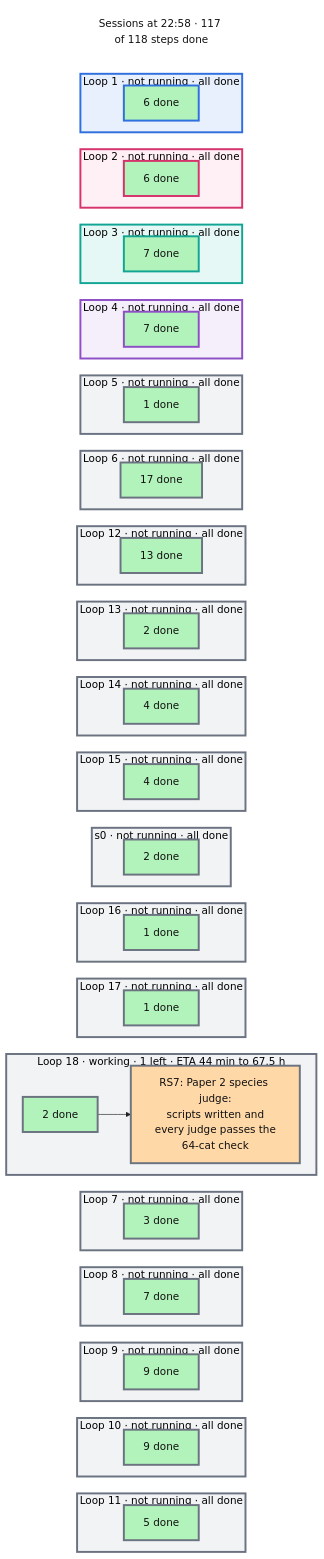
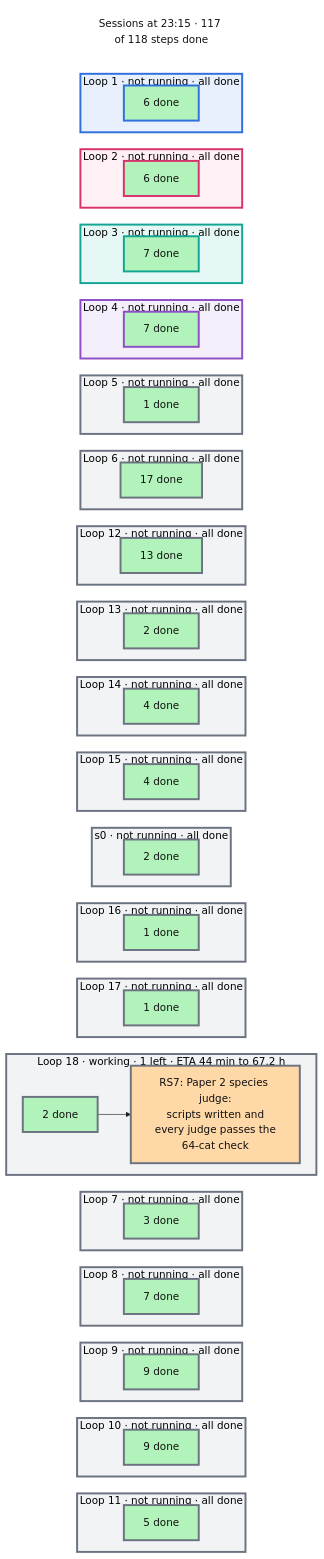
One commit to mo-rsa24/concept-composition changed the diagram in artifacts/notes/progress/sessions.mmd. Above: the diagram before and after it, drawn with Mermaid. The commit also changed 8 other files, not shown here.

```diff
--- a/artifacts/notes/progress/sessions.mmd
+++ b/artifacts/notes/progress/sessions.mmd
@@ -1,124 +1,124 @@
 %%{init: {'theme': 'base', 'themeVariables': {'fontFamily': 'monospace', 'primaryColor': '#ffffff', 'primaryBorderColor': '#222222', 'primaryTextColor': '#111111', 'lineColor': '#222222'}, 'flowchart': {'nodeSpacing': 16, 'rankSpacing': 26}}}%%
 flowchart TB
   classDef done fill:#b2f2bb,color:#111111
   classDef doing fill:#ffd8a8,color:#111111
   classDef todo fill:#e9ecef,color:#111111
   classDef note fill:#ffffff,stroke:#c92a2a,stroke-dasharray:5 5,color:#c92a2a
-  now["Sessions at 22:58 · 117 of 118 steps done"]
+  now["Sessions at 23:15 · 117 of 118 steps done"]
   style now fill:#ffffff,stroke:#ffffff,color:#111111
   subgraph L0["Loop 1 · not running · all done"]
     direction LR
     d0["6 done"]:::done
   end
   subgraph L1["Loop 2 · not running · all done"]
     direction LR
     d1["6 done"]:::done
   end
   subgraph L2["Loop 3 · not running · all done"]
     direction LR
     d2["7 done"]:::done
   end
   subgraph L3["Loop 4 · not running · all done"]
     direction LR
     d3["7 done"]:::done
   end
   subgraph L4["Loop 5 · not running · all done"]
     direction LR
     d4["1 done"]:::done
   end
   subgraph L5["Loop 6 · not running · all done"]
     direction LR
     d5["17 done"]:::done
   end
   subgraph L6["Loop 12 · not running · all done"]
     direction LR
     d6["13 done"]:::done
   end
   subgraph L7["Loop 13 · not running · all done"]
     direction LR
     d7["2 done"]:::done
   end
   subgraph L8["Loop 14 · not running · all done"]
     direction LR
     d8["4 done"]:::done
   end
   subgraph L9["Loop 15 · not running · all done"]
     direction LR
     d9["4 done"]:::done
   end
   subgraph L10["s0 · not running · all done"]
     direction LR
     d10["2 done"]:::done
   end
   subgraph L11["Loop 16 · not running · all done"]
     direction LR
     d11["1 done"]:::done
   end
   subgraph L12["Loop 17 · not running · all done"]
     direction LR
     d12["1 done"]:::done
   end
-  subgraph L13["Loop 18 · working · 1 left · ETA 44 min to 67.5 h"]
+  subgraph L13["Loop 18 · working · 1 left · ETA 44 min to 67.2 h"]
     direction LR
     d13["2 done"]:::done --> n_RS7["RS7: Paper 2 species judge:<br/>scripts written and<br/>every judge passes the<br/>64-cat check"]:::doing
   end
   subgraph L14["Loop 7 · not running · all done"]
     direction LR
     d14["3 done"]:::done
   end
   subgraph L15["Loop 8 · not running · all done"]
     direction LR
     d15["7 done"]:::done
   end
   subgraph L16["Loop 9 · not running · all done"]
     direction LR
     d16["9 done"]:::done
   end
   subgraph L17["Loop 10 · not running · all done"]
     direction LR
     d17["9 done"]:::done
   end
   subgraph L18["Loop 11 · not running · all done"]
     direction LR
     d18["5 done"]:::done
   end
   now ~~~ L0 ~~~ L1 ~~~ L2 ~~~ L3 ~~~ L4 ~~~ L5 ~~~ L6 ~~~ L7 ~~~ L8 ~~~ L9 ~~~ L10 ~~~ L11 ~~~ L12 ~~~ L13 ~~~ L14 ~~~ L15 ~~~ L16 ~~~ L17 ~~~ L18
   style L0 fill:#e8f0fd,stroke:#2f6fde,stroke-width:3px
   style d0 stroke:#2f6fde,stroke-width:3px
   style L1 fill:#fff0f6,stroke:#d6336c,stroke-width:3px
   style d1 stroke:#d6336c,stroke-width:3px
   style L2 fill:#e6f8f5,stroke:#12a594,stroke-width:3px
   style d2 stroke:#12a594,stroke-width:3px
   style L3 fill:#f5effb,stroke:#8e4ec6,stroke-width:3px
   style d3 stroke:#8e4ec6,stroke-width:3px
   style L4 fill:#f1f3f5,stroke:#6b7280,stroke-width:3px
   style d4 stroke:#6b7280,stroke-width:3px
   style L5 fill:#f1f3f5,stroke:#6b7280,stroke-width:3px
   style d5 stroke:#6b7280,stroke-width:3px
   style L6 fill:#f1f3f5,stroke:#6b7280,stroke-width:3px
   style d6 stroke:#6b7280,stroke-width:3px
   style L7 fill:#f1f3f5,stroke:#6b7280,stroke-width:3px
   style d7 stroke:#6b7280,stroke-width:3px
   style L8 fill:#f1f3f5,stroke:#6b7280,stroke-width:3px
   style d8 stroke:#6b7280,stroke-width:3px
   style L9 fill:#f1f3f5,stroke:#6b7280,stroke-width:3px
   style d9 stroke:#6b7280,stroke-width:3px
   style L10 fill:#f1f3f5,stroke:#6b7280,stroke-width:3px
   style d10 stroke:#6b7280,stroke-width:3px
   style L11 fill:#f1f3f5,stroke:#6b7280,stroke-width:3px
   style d11 stroke:#6b7280,stroke-width:3px
   style L12 fill:#f1f3f5,stroke:#6b7280,stroke-width:3px
   style d12 stroke:#6b7280,stroke-width:3px
   style L13 fill:#f1f3f5,stroke:#6b7280,stroke-width:3px
   style d13 stroke:#6b7280,stroke-width:3px
   style n_RS7 stroke:#6b7280,stroke-width:3px
   style L14 fill:#f1f3f5,stroke:#6b7280,stroke-width:3px
   style d14 stroke:#6b7280,stroke-width:3px
   style L15 fill:#f1f3f5,stroke:#6b7280,stroke-width:3px
   style d15 stroke:#6b7280,stroke-width:3px
   style L16 fill:#f1f3f5,stroke:#6b7280,stroke-width:3px
   style d16 stroke:#6b7280,stroke-width:3px
   style L17 fill:#f1f3f5,stroke:#6b7280,stroke-width:3px
   style d17 stroke:#6b7280,stroke-width:3px
   style L18 fill:#f1f3f5,stroke:#6b7280,stroke-width:3px
   style d18 stroke:#6b7280,stroke-width:3px
```
